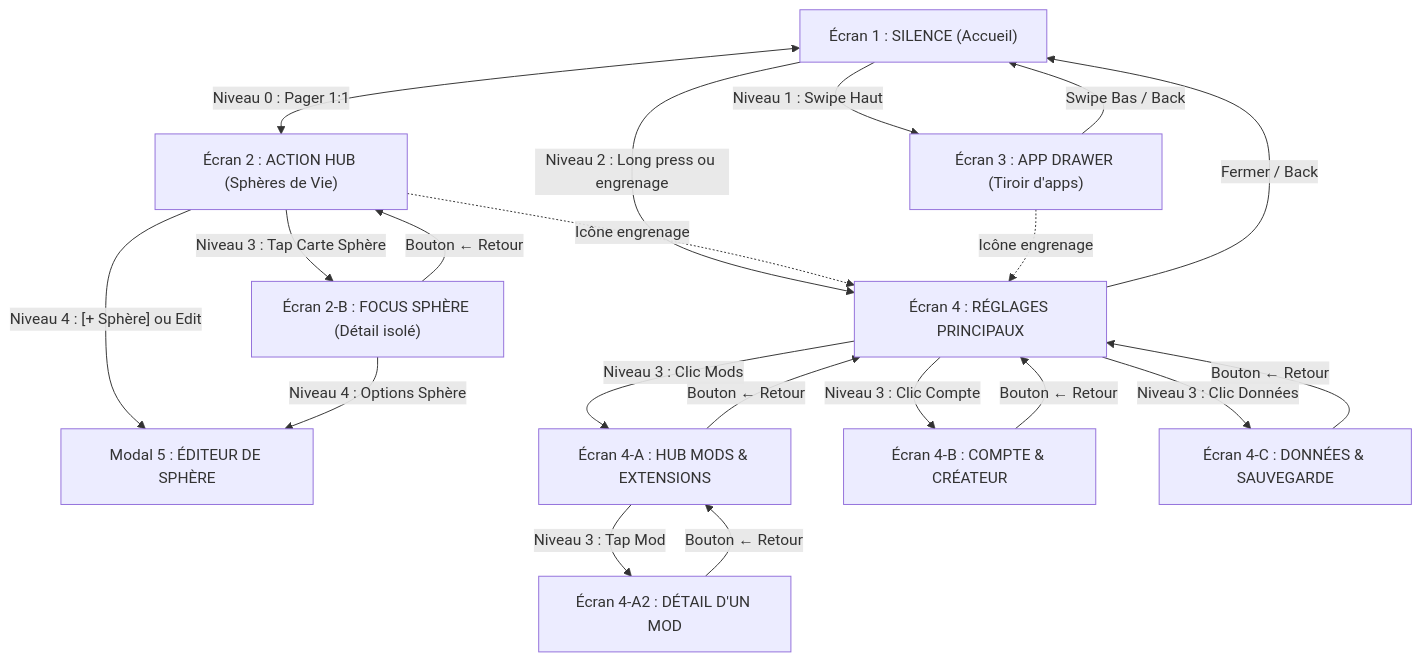
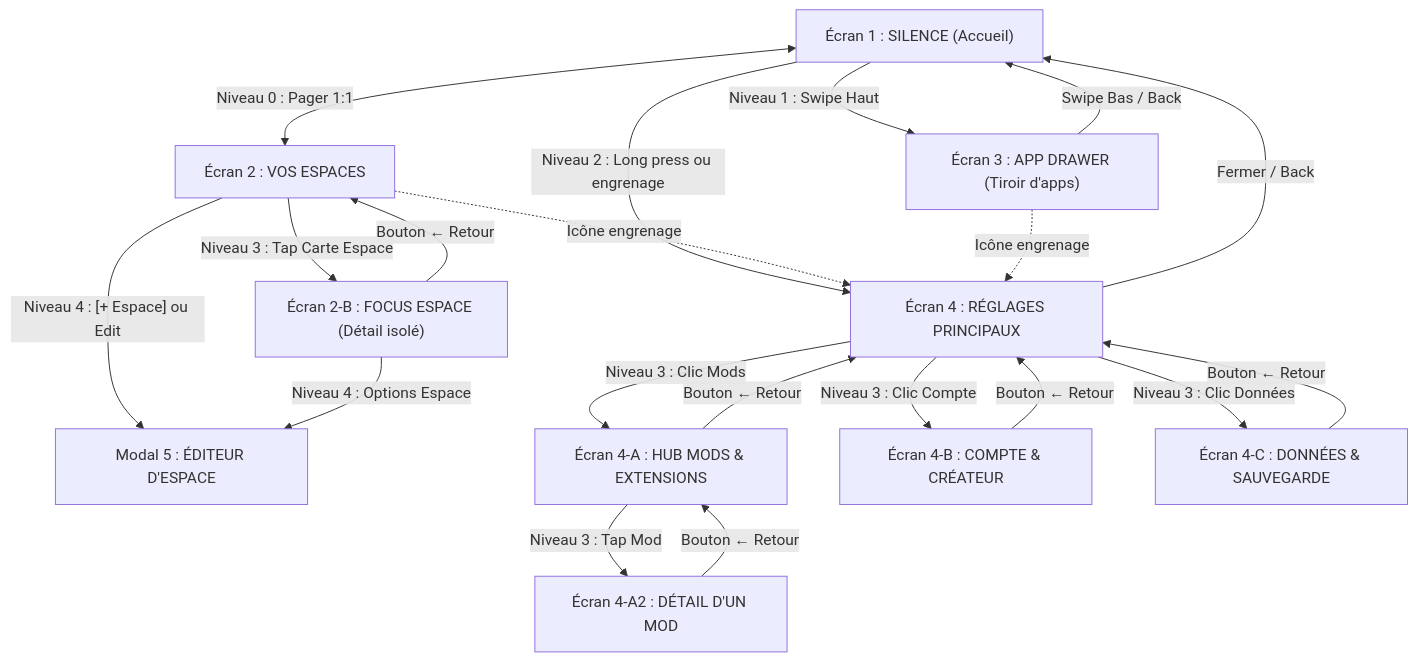
One commit to xhuriken/OSauce changed the first of 2 diagrams in docs/SCREENS_AND_FEATURES.md. Above: the diagram before and after it, drawn with Mermaid. The commit also changed other lines of this file and 3 other files, not shown here.

Commit message:
docs: align terminology with Vos Espaces, The Sauce, and OpenSauce

````diff
--- a/docs/SCREENS_AND_FEATURES.md
+++ b/docs/SCREENS_AND_FEATURES.md
@@ -45,47 +45,47 @@
 ```mermaid
 flowchart TD
     Silence["Écran 1 : SILENCE (Accueil)"]
-    ActionHub["Écran 2 : ACTION HUB (Sphères de Vie)"]
-    SphereFocus["Écran 2-B : FOCUS SPHÈRE (Détail isolé)"]
+    Espaces["Écran 2 : VOS ESPACES"]
+    EspaceFocus["Écran 2-B : FOCUS ESPACE (Détail isolé)"]
     AppDrawer["Écran 3 : APP DRAWER (Tiroir d'apps)"]
     Settings["Écran 4 : RÉGLAGES PRINCIPAUX"]
-    EditModal["Modal 5 : ÉDITEUR DE SPHÈRE"]
+    EditModal["Modal 5 : ÉDITEUR D'ESPACE"]
     
     %% Sous-écrans Réglages Niveau 3
     ModsHub["Écran 4-A : HUB MODS & EXTENSIONS"]
     ModDetail["Écran 4-A2 : DÉTAIL D'UN MOD"]
     AuthProfile["Écran 4-B : COMPTE & CRÉATEUR"]
     DataScreen["Écran 4-C : DONNÉES & SAUVEGARDE"]
 
     %% Niveau 0 : Pager
-    Silence <--"Niveau 0 : Pager 1:1"--> ActionHub
+    Silence <--"Niveau 0 : Pager 1:1"--> Espaces
 
     %% Niveau 1 : Tiroir
     Silence --"Niveau 1 : Swipe Haut"--> AppDrawer
     AppDrawer --"Swipe Bas / Back"--> Silence
 
     %% Niveau 2 : Modale Réglages
     Silence --"Niveau 2 : Long press ou engrenage"--> Settings
-    ActionHub -.->|"Icône engrenage"| Settings
+    Espaces -.->|"Icône engrenage"| Settings
     AppDrawer -.->|"Icône engrenage"| Settings
     Settings --"Fermer / Back"--> Silence
 
     %% Niveau 3 : Drill-Downs (Push / Pop)
-    ActionHub --"Niveau 3 : Tap Carte Sphère"--> SphereFocus
-    SphereFocus --"Bouton ← Retour"--> ActionHub
+    Espaces --"Niveau 3 : Tap Carte Espace"--> EspaceFocus
+    EspaceFocus --"Bouton ← Retour"--> Espaces
 
     Settings --"Niveau 3 : Clic Mods"--> ModsHub
     ModsHub --"Bouton ← Retour"--> Settings
     ModsHub --"Niveau 3 : Tap Mod"--> ModDetail
     ModDetail --"Bouton ← Retour"--> ModsHub
 
     Settings --"Niveau 3 : Clic Compte"--> AuthProfile
     AuthProfile --"Bouton ← Retour"--> Settings
 
     Settings --"Niveau 3 : Clic Données"--> DataScreen
     DataScreen --"Bouton ← Retour"--> Settings
 
     %% Niveau 4 : Dialogues
-    ActionHub --"Niveau 4 : [+ Sphère] ou Edit"--> EditModal
-    SphereFocus --"Niveau 4 : Options Sphère"--> EditModal
+    Espaces --"Niveau 4 : [+ Espace] ou Edit"--> EditModal
+    EspaceFocus --"Niveau 4 : Options Espace"--> EditModal
 ```
````
